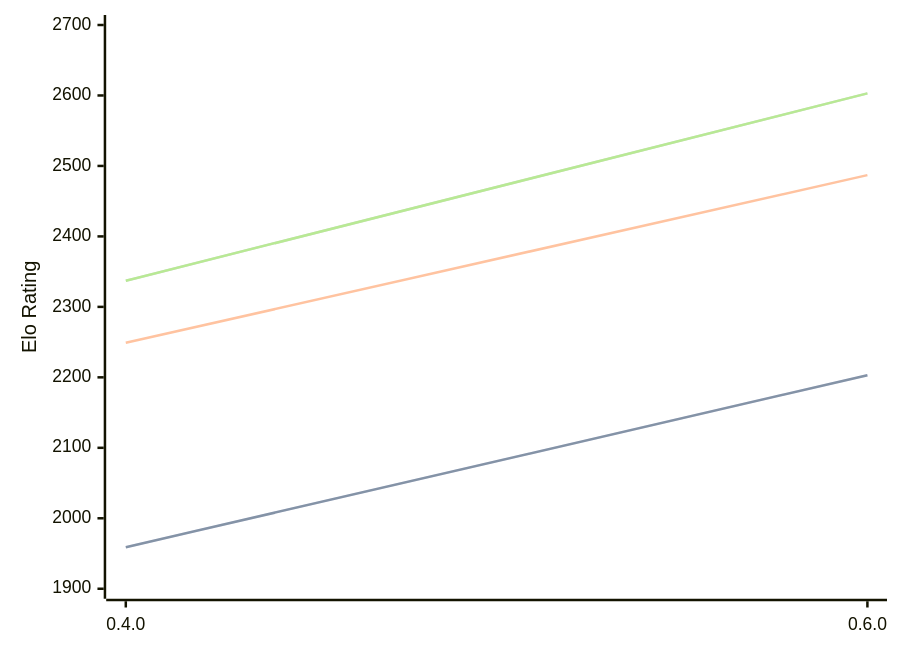
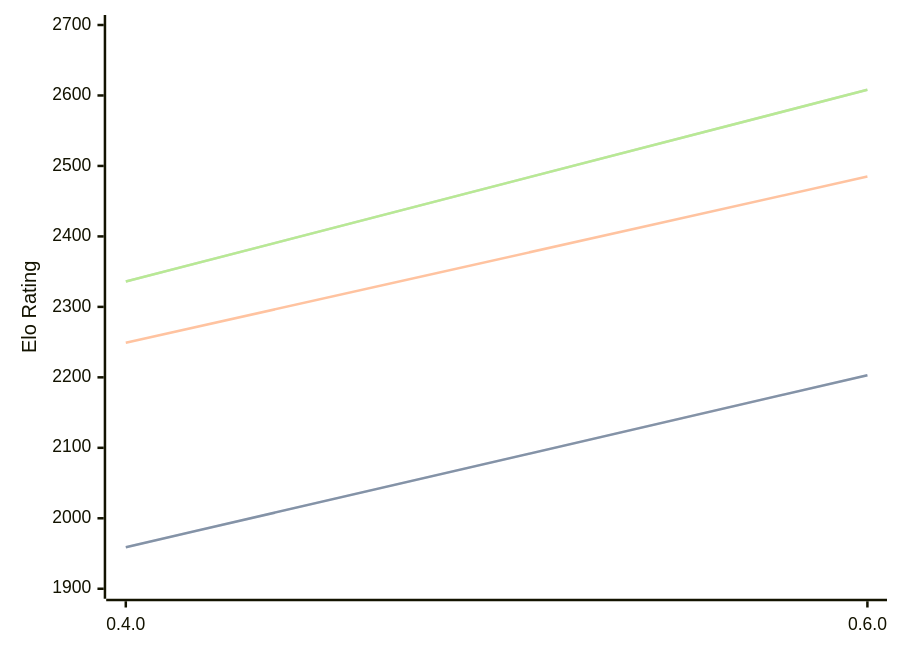
The diagram in engines/Ariadne.md (computer-chess-index/cci), drawn with Mermaid before and after one commit. The commit also changed other lines of this file, not shown here.

Commit message:
Update CCI Ratings (ELO VLTC) - 2026-09-17

````diff
--- a/engines/Ariadne.md
+++ b/engines/Ariadne.md
@@ -36,11 +36,11 @@
 ```mermaid
 %%{init: {"theme":"base","themeVariables":{"seriesColors:['#a3a3a3','#222221','#faa371']}}}%%
 xychart-beta
   x-axis ["0.4.0", "0.6.0"]
   y-axis "Elo Rating" 1900 --> 2700
   line "" [1959, 2203]
   line "STC (8.0+0.08s)" [1959, 2203]
-  line "LTC (60.0+0.60s)" [2249, 2487]
-  line "" [2337, 2603]
-  line "VLTC (2m24s+1.12s)" [2337, 2603]
+  line "LTC (60.0+0.60s)" [2249, 2485]
+  line "" [2336, 2608]
+  line "VLTC (2m24s+1.12s)" [2336, 2608]
 ```
````
